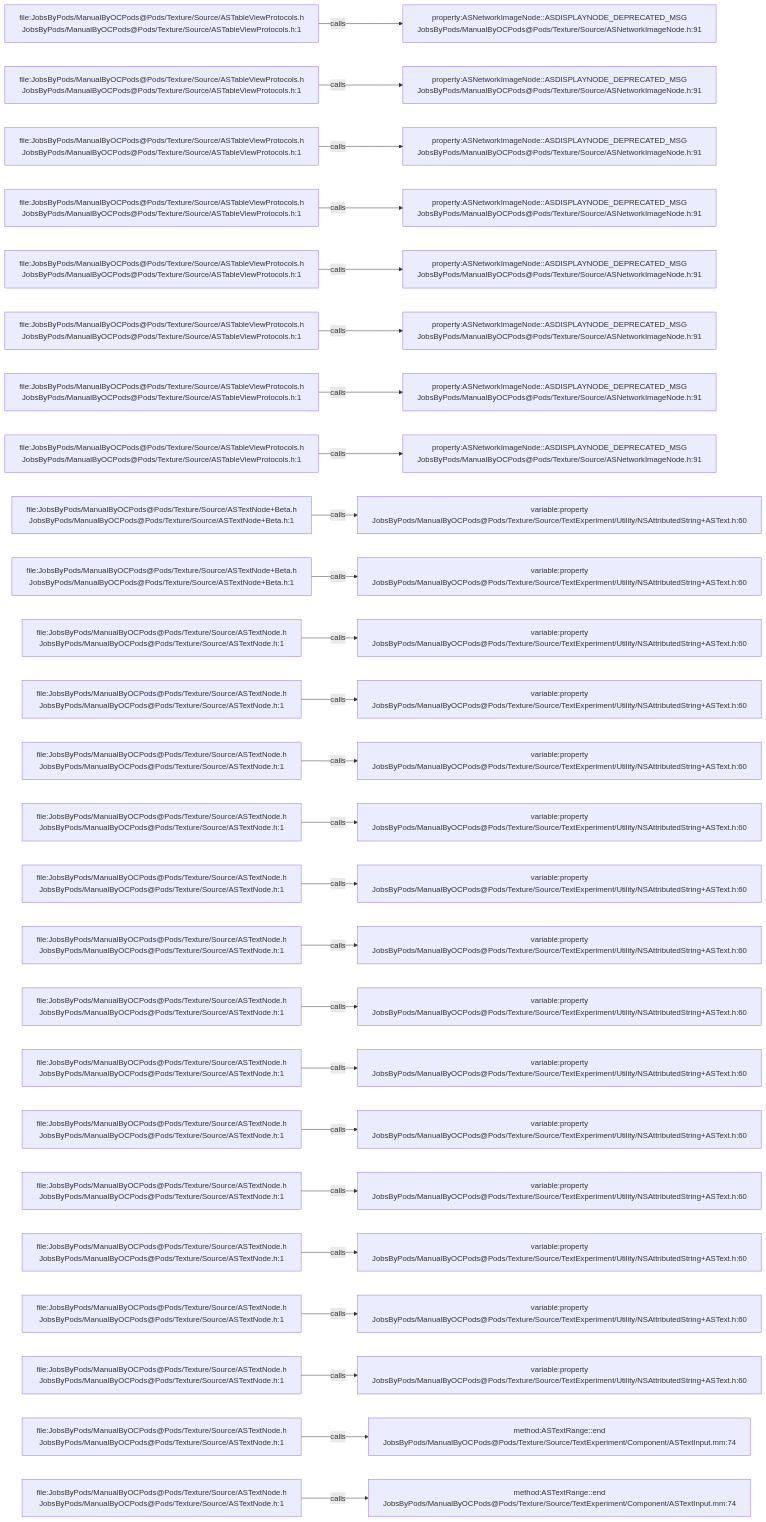
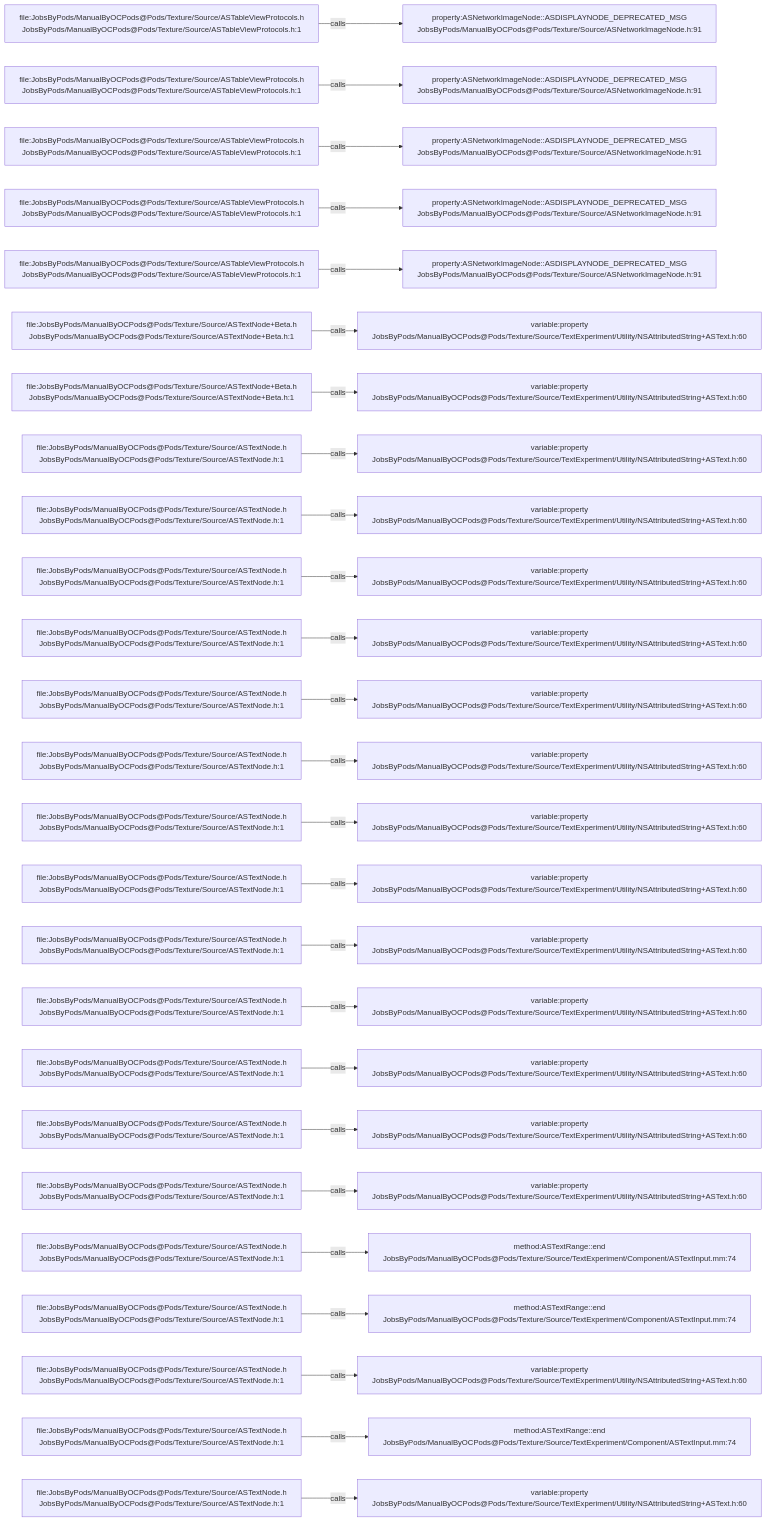
Before and after one commit to JobsKits/JobsOCBaseConfigDemo: the diagram in .codegraph/codegraph.md/graphs/calls-134.md, drawn with Mermaid. The commit also changed 342 other files, not shown here.

````diff
--- a/.codegraph/codegraph.md/graphs/calls-134.md
+++ b/.codegraph/codegraph.md/graphs/calls-134.md
@@ -13,78 +13,78 @@
 ```mermaid
 flowchart LR
   S1["file:JobsByPods/ManualByOCPods@Pods/Texture/Source/ASTableViewProtocols.h<br/>JobsByPods/ManualByOCPods@Pods/Texture/Source/ASTableViewProtocols.h:1"]
   T1["property:ASNetworkImageNode::ASDISPLAYNODE_DEPRECATED_MSG<br/>JobsByPods/ManualByOCPods@Pods/Texture/Source/ASNetworkImageNode.h:91"]
   S1 -->|calls| T1
   S2["file:JobsByPods/ManualByOCPods@Pods/Texture/Source/ASTableViewProtocols.h<br/>JobsByPods/ManualByOCPods@Pods/Texture/Source/ASTableViewProtocols.h:1"]
   T2["property:ASNetworkImageNode::ASDISPLAYNODE_DEPRECATED_MSG<br/>JobsByPods/ManualByOCPods@Pods/Texture/Source/ASNetworkImageNode.h:91"]
   S2 -->|calls| T2
   S3["file:JobsByPods/ManualByOCPods@Pods/Texture/Source/ASTableViewProtocols.h<br/>JobsByPods/ManualByOCPods@Pods/Texture/Source/ASTableViewProtocols.h:1"]
   T3["property:ASNetworkImageNode::ASDISPLAYNODE_DEPRECATED_MSG<br/>JobsByPods/ManualByOCPods@Pods/Texture/Source/ASNetworkImageNode.h:91"]
   S3 -->|calls| T3
   S4["file:JobsByPods/ManualByOCPods@Pods/Texture/Source/ASTableViewProtocols.h<br/>JobsByPods/ManualByOCPods@Pods/Texture/Source/ASTableViewProtocols.h:1"]
   T4["property:ASNetworkImageNode::ASDISPLAYNODE_DEPRECATED_MSG<br/>JobsByPods/ManualByOCPods@Pods/Texture/Source/ASNetworkImageNode.h:91"]
   S4 -->|calls| T4
   S5["file:JobsByPods/ManualByOCPods@Pods/Texture/Source/ASTableViewProtocols.h<br/>JobsByPods/ManualByOCPods@Pods/Texture/Source/ASTableViewProtocols.h:1"]
   T5["property:ASNetworkImageNode::ASDISPLAYNODE_DEPRECATED_MSG<br/>JobsByPods/ManualByOCPods@Pods/Texture/Source/ASNetworkImageNode.h:91"]
   S5 -->|calls| T5
-  S6["file:JobsByPods/ManualByOCPods@Pods/Texture/Source/ASTableViewProtocols.h<br/>JobsByPods/ManualByOCPods@Pods/Texture/Source/ASTableViewProtocols.h:1"]
-  T6["property:ASNetworkImageNode::ASDISPLAYNODE_DEPRECATED_MSG<br/>JobsByPods/ManualByOCPods@Pods/Texture/Source/ASNetworkImageNode.h:91"]
+  S6["file:JobsByPods/ManualByOCPods@Pods/Texture/Source/ASTextNode+Beta.h<br/>JobsByPods/ManualByOCPods@Pods/Texture/Source/ASTextNode+Beta.h:1"]
+  T6["variable:property<br/>JobsByPods/ManualByOCPods@Pods/Texture/Source/TextExperiment/Utility/NSAttributedString+ASText.h:60"]
   S6 -->|calls| T6
-  S7["file:JobsByPods/ManualByOCPods@Pods/Texture/Source/ASTableViewProtocols.h<br/>JobsByPods/ManualByOCPods@Pods/Texture/Source/ASTableViewProtocols.h:1"]
-  T7["property:ASNetworkImageNode::ASDISPLAYNODE_DEPRECATED_MSG<br/>JobsByPods/ManualByOCPods@Pods/Texture/Source/ASNetworkImageNode.h:91"]
+  S7["file:JobsByPods/ManualByOCPods@Pods/Texture/Source/ASTextNode+Beta.h<br/>JobsByPods/ManualByOCPods@Pods/Texture/Source/ASTextNode+Beta.h:1"]
+  T7["variable:property<br/>JobsByPods/ManualByOCPods@Pods/Texture/Source/TextExperiment/Utility/NSAttributedString+ASText.h:60"]
   S7 -->|calls| T7
-  S8["file:JobsByPods/ManualByOCPods@Pods/Texture/Source/ASTableViewProtocols.h<br/>JobsByPods/ManualByOCPods@Pods/Texture/Source/ASTableViewProtocols.h:1"]
-  T8["property:ASNetworkImageNode::ASDISPLAYNODE_DEPRECATED_MSG<br/>JobsByPods/ManualByOCPods@Pods/Texture/Source/ASNetworkImageNode.h:91"]
+  S8["file:JobsByPods/ManualByOCPods@Pods/Texture/Source/ASTextNode.h<br/>JobsByPods/ManualByOCPods@Pods/Texture/Source/ASTextNode.h:1"]
+  T8["variable:property<br/>JobsByPods/ManualByOCPods@Pods/Texture/Source/TextExperiment/Utility/NSAttributedString+ASText.h:60"]
   S8 -->|calls| T8
-  S9["file:JobsByPods/ManualByOCPods@Pods/Texture/Source/ASTextNode+Beta.h<br/>JobsByPods/ManualByOCPods@Pods/Texture/Source/ASTextNode+Beta.h:1"]
+  S9["file:JobsByPods/ManualByOCPods@Pods/Texture/Source/ASTextNode.h<br/>JobsByPods/ManualByOCPods@Pods/Texture/Source/ASTextNode.h:1"]
   T9["variable:property<br/>JobsByPods/ManualByOCPods@Pods/Texture/Source/TextExperiment/Utility/NSAttributedString+ASText.h:60"]
   S9 -->|calls| T9
-  S10["file:JobsByPods/ManualByOCPods@Pods/Texture/Source/ASTextNode+Beta.h<br/>JobsByPods/ManualByOCPods@Pods/Texture/Source/ASTextNode+Beta.h:1"]
+  S10["file:JobsByPods/ManualByOCPods@Pods/Texture/Source/ASTextNode.h<br/>JobsByPods/ManualByOCPods@Pods/Texture/Source/ASTextNode.h:1"]
   T10["variable:property<br/>JobsByPods/ManualByOCPods@Pods/Texture/Source/TextExperiment/Utility/NSAttributedString+ASText.h:60"]
   S10 -->|calls| T10
   S11["file:JobsByPods/ManualByOCPods@Pods/Texture/Source/ASTextNode.h<br/>JobsByPods/ManualByOCPods@Pods/Texture/Source/ASTextNode.h:1"]
   T11["variable:property<br/>JobsByPods/ManualByOCPods@Pods/Texture/Source/TextExperiment/Utility/NSAttributedString+ASText.h:60"]
   S11 -->|calls| T11
   S12["file:JobsByPods/ManualByOCPods@Pods/Texture/Source/ASTextNode.h<br/>JobsByPods/ManualByOCPods@Pods/Texture/Source/ASTextNode.h:1"]
   T12["variable:property<br/>JobsByPods/ManualByOCPods@Pods/Texture/Source/TextExperiment/Utility/NSAttributedString+ASText.h:60"]
   S12 -->|calls| T12
   S13["file:JobsByPods/ManualByOCPods@Pods/Texture/Source/ASTextNode.h<br/>JobsByPods/ManualByOCPods@Pods/Texture/Source/ASTextNode.h:1"]
   T13["variable:property<br/>JobsByPods/ManualByOCPods@Pods/Texture/Source/TextExperiment/Utility/NSAttributedString+ASText.h:60"]
   S13 -->|calls| T13
   S14["file:JobsByPods/ManualByOCPods@Pods/Texture/Source/ASTextNode.h<br/>JobsByPods/ManualByOCPods@Pods/Texture/Source/ASTextNode.h:1"]
   T14["variable:property<br/>JobsByPods/ManualByOCPods@Pods/Texture/Source/TextExperiment/Utility/NSAttributedString+ASText.h:60"]
   S14 -->|calls| T14
   S15["file:JobsByPods/ManualByOCPods@Pods/Texture/Source/ASTextNode.h<br/>JobsByPods/ManualByOCPods@Pods/Texture/Source/ASTextNode.h:1"]
   T15["variable:property<br/>JobsByPods/ManualByOCPods@Pods/Texture/Source/TextExperiment/Utility/NSAttributedString+ASText.h:60"]
   S15 -->|calls| T15
   S16["file:JobsByPods/ManualByOCPods@Pods/Texture/Source/ASTextNode.h<br/>JobsByPods/ManualByOCPods@Pods/Texture/Source/ASTextNode.h:1"]
   T16["variable:property<br/>JobsByPods/ManualByOCPods@Pods/Texture/Source/TextExperiment/Utility/NSAttributedString+ASText.h:60"]
   S16 -->|calls| T16
   S17["file:JobsByPods/ManualByOCPods@Pods/Texture/Source/ASTextNode.h<br/>JobsByPods/ManualByOCPods@Pods/Texture/Source/ASTextNode.h:1"]
   T17["variable:property<br/>JobsByPods/ManualByOCPods@Pods/Texture/Source/TextExperiment/Utility/NSAttributedString+ASText.h:60"]
   S17 -->|calls| T17
   S18["file:JobsByPods/ManualByOCPods@Pods/Texture/Source/ASTextNode.h<br/>JobsByPods/ManualByOCPods@Pods/Texture/Source/ASTextNode.h:1"]
   T18["variable:property<br/>JobsByPods/ManualByOCPods@Pods/Texture/Source/TextExperiment/Utility/NSAttributedString+ASText.h:60"]
   S18 -->|calls| T18
   S19["file:JobsByPods/ManualByOCPods@Pods/Texture/Source/ASTextNode.h<br/>JobsByPods/ManualByOCPods@Pods/Texture/Source/ASTextNode.h:1"]
   T19["variable:property<br/>JobsByPods/ManualByOCPods@Pods/Texture/Source/TextExperiment/Utility/NSAttributedString+ASText.h:60"]
   S19 -->|calls| T19
   S20["file:JobsByPods/ManualByOCPods@Pods/Texture/Source/ASTextNode.h<br/>JobsByPods/ManualByOCPods@Pods/Texture/Source/ASTextNode.h:1"]
   T20["variable:property<br/>JobsByPods/ManualByOCPods@Pods/Texture/Source/TextExperiment/Utility/NSAttributedString+ASText.h:60"]
   S20 -->|calls| T20
   S21["file:JobsByPods/ManualByOCPods@Pods/Texture/Source/ASTextNode.h<br/>JobsByPods/ManualByOCPods@Pods/Texture/Source/ASTextNode.h:1"]
-  T21["variable:property<br/>JobsByPods/ManualByOCPods@Pods/Texture/Source/TextExperiment/Utility/NSAttributedString+ASText.h:60"]
+  T21["method:ASTextRange::end<br/>JobsByPods/ManualByOCPods@Pods/Texture/Source/TextExperiment/Component/ASTextInput.mm:74"]
   S21 -->|calls| T21
   S22["file:JobsByPods/ManualByOCPods@Pods/Texture/Source/ASTextNode.h<br/>JobsByPods/ManualByOCPods@Pods/Texture/Source/ASTextNode.h:1"]
-  T22["variable:property<br/>JobsByPods/ManualByOCPods@Pods/Texture/Source/TextExperiment/Utility/NSAttributedString+ASText.h:60"]
+  T22["method:ASTextRange::end<br/>JobsByPods/ManualByOCPods@Pods/Texture/Source/TextExperiment/Component/ASTextInput.mm:74"]
   S22 -->|calls| T22
   S23["file:JobsByPods/ManualByOCPods@Pods/Texture/Source/ASTextNode.h<br/>JobsByPods/ManualByOCPods@Pods/Texture/Source/ASTextNode.h:1"]
   T23["variable:property<br/>JobsByPods/ManualByOCPods@Pods/Texture/Source/TextExperiment/Utility/NSAttributedString+ASText.h:60"]
   S23 -->|calls| T23
   S24["file:JobsByPods/ManualByOCPods@Pods/Texture/Source/ASTextNode.h<br/>JobsByPods/ManualByOCPods@Pods/Texture/Source/ASTextNode.h:1"]
   T24["method:ASTextRange::end<br/>JobsByPods/ManualByOCPods@Pods/Texture/Source/TextExperiment/Component/ASTextInput.mm:74"]
   S24 -->|calls| T24
   S25["file:JobsByPods/ManualByOCPods@Pods/Texture/Source/ASTextNode.h<br/>JobsByPods/ManualByOCPods@Pods/Texture/Source/ASTextNode.h:1"]
-  T25["method:ASTextRange::end<br/>JobsByPods/ManualByOCPods@Pods/Texture/Source/TextExperiment/Component/ASTextInput.mm:74"]
+  T25["variable:property<br/>JobsByPods/ManualByOCPods@Pods/Texture/Source/TextExperiment/Utility/NSAttributedString+ASText.h:60"]
   S25 -->|calls| T25
 ```
````
